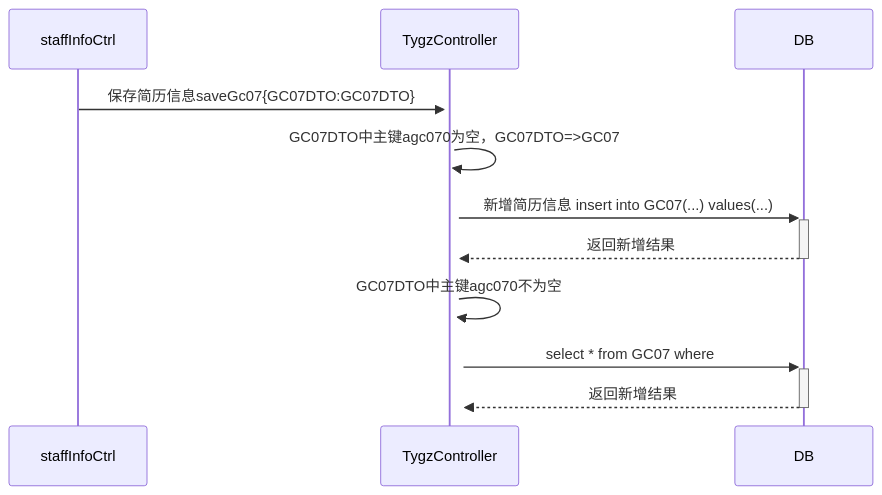
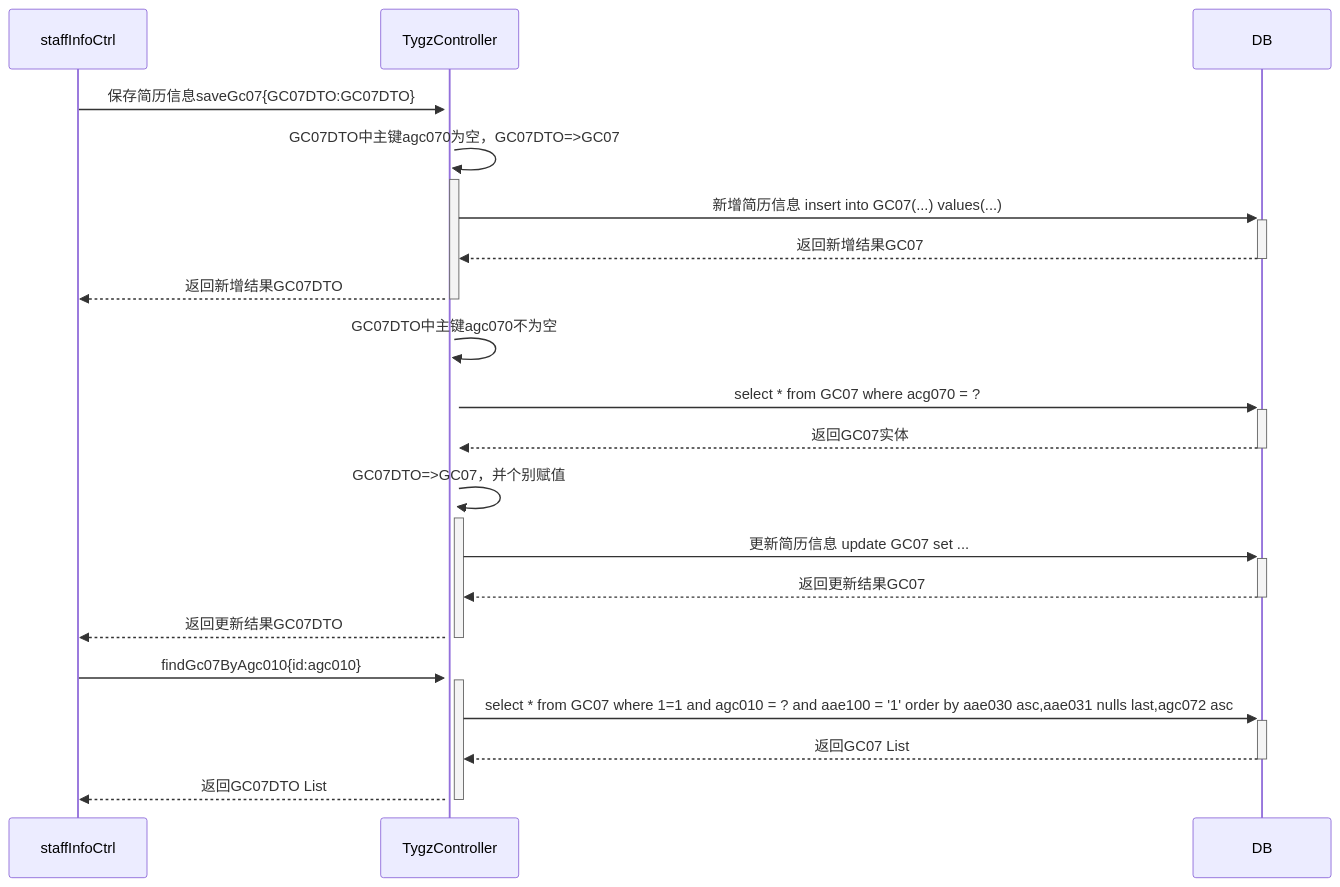
The diagram in all/未命名.md (ZhangJianBeiJing/iodraw-files), drawn with Mermaid before and after one commit.

Commit message:
2025-03-25 17:23:13 update

````diff
--- a/all/未命名.md
+++ b/all/未命名.md
@@ -1,13 +1,20 @@
 ```mermaid
 sequenceDiagram
     staffInfoCtrl->>+TygzController:保存简历信息saveGc07{GC07DTO:GC07DTO}
     TygzController->>+TygzController:GC07DTO中主键agc070为空，GC07DTO=>GC07
     TygzController->>+DB:新增简历信息 insert into GC07(...) values(...)
-    DB-->>-TygzController:返回新增结果
+    DB-->>-TygzController:返回新增结果GC07
+    TygzController-->>-staffInfoCtrl:返回新增结果GC07DTO
     TygzController->>+TygzController:GC07DTO中主键agc070不为空
-    TygzController->>+DB:select * from GC07 where 
-    DB-->>-TygzController:返回新增结果
+    TygzController->>+DB:select * from GC07 where acg070 = ?
+    DB-->>-TygzController:返回GC07实体
+    TygzController->>+TygzController:GC07DTO=>GC07，并个别赋值
+    TygzController->>+DB:更新简历信息 update GC07 set ...
+    DB-->>-TygzController:返回更新结果GC07
+    TygzController-->>-staffInfoCtrl:返回更新结果GC07DTO
 
-
-            
+    staffInfoCtrl->>+TygzController:findGc07ByAgc010{id:agc010}
+    TygzController->>+DB:select * from GC07 where 1=1 and agc010 = ? and aae100 = '1' order by aae030 asc,aae031 nulls last,agc072 asc 
+    DB-->>-TygzController:返回GC07 List
+    TygzController-->>-staffInfoCtrl:返回GC07DTO List
 ```
````
